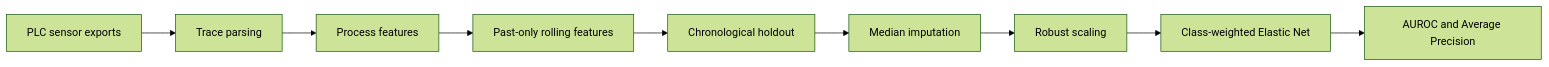
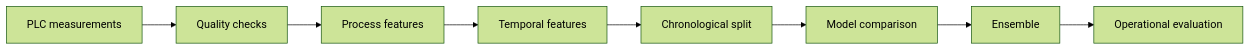
One commit to zakilbaki/Defect-Prediction-on-production-lines changed the diagram in README.md. Above: the diagram before and after it, drawn with Mermaid (forest theme). The commit also changed other lines of this file and 5 other files, not shown here.

````diff
--- a/README.md
+++ b/README.md
@@ -31,11 +42,10 @@
 ```mermaid
 flowchart LR
-    A[PLC sensor exports] --> B[Trace parsing]
+    A[PLC measurements] --> B[Quality checks]
     B --> C[Process features]
-    C --> D[Past-only rolling features]
-    D --> E[Chronological holdout]
-    E --> F[Median imputation]
-    F --> G[Robust scaling]
-    G --> H[Class-weighted Elastic Net]
-    H --> I[AUROC and Average Precision]
+    C --> D[Temporal features]
+    D --> E[Chronological split]
+    E --> F[Model comparison]
+    F --> G[Ensemble]
+    G --> H[Operational evaluation]
 ```
````
